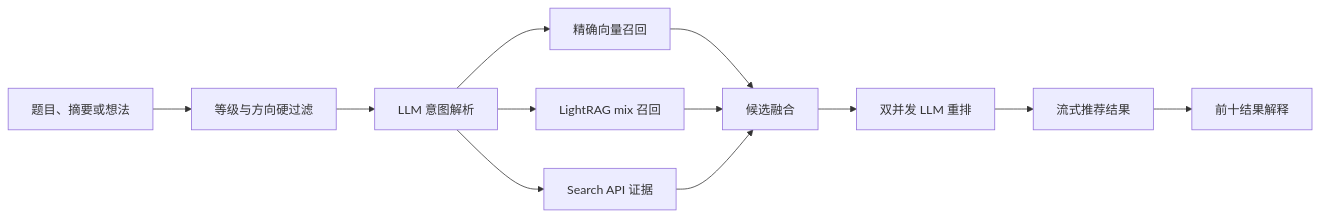
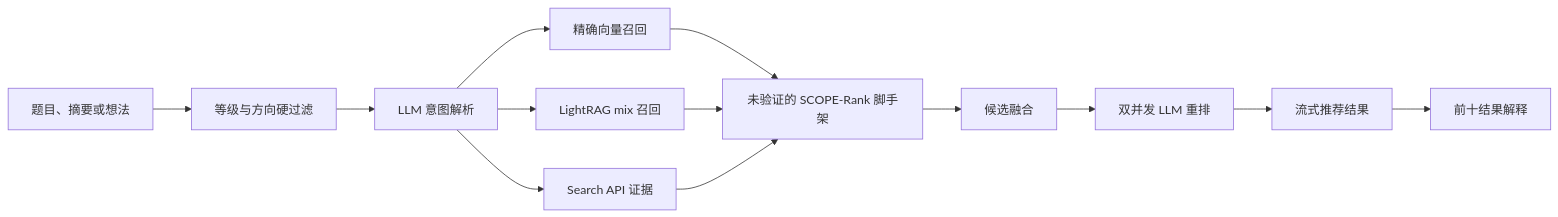
The diagram in README_zh.md (rudykon/Where_Papers_Go), drawn with Mermaid before and after one commit. The commit also changed other lines of this file and 13 other files, not shown here.

````diff
--- a/README_zh.md
+++ b/README_zh.md
@@ -95,14 +96,15 @@
 ```mermaid
 flowchart LR
     Q[题目、摘要或想法] --> F[等级与方向硬过滤]
     F --> I[LLM 意图解析]
     I --> V[精确向量召回]
     I --> G[LightRAG mix 召回]
     I --> S[Search API 证据]
-    V --> M[候选融合]
-    G --> M
-    S --> M
+    V --> A[未验证的 SCOPE-Rank 脚手架]
+    G --> A
+    S --> A
+    A --> M[候选融合]
     M --> R[双并发 LLM 重排]
     R --> O[流式推荐结果]
     O --> E[前十结果解释]
 ```
````
